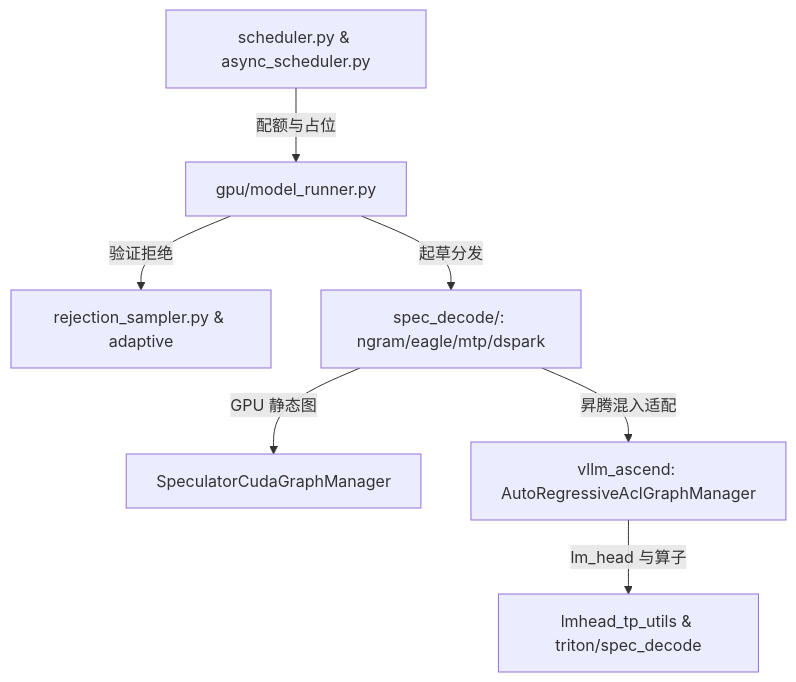
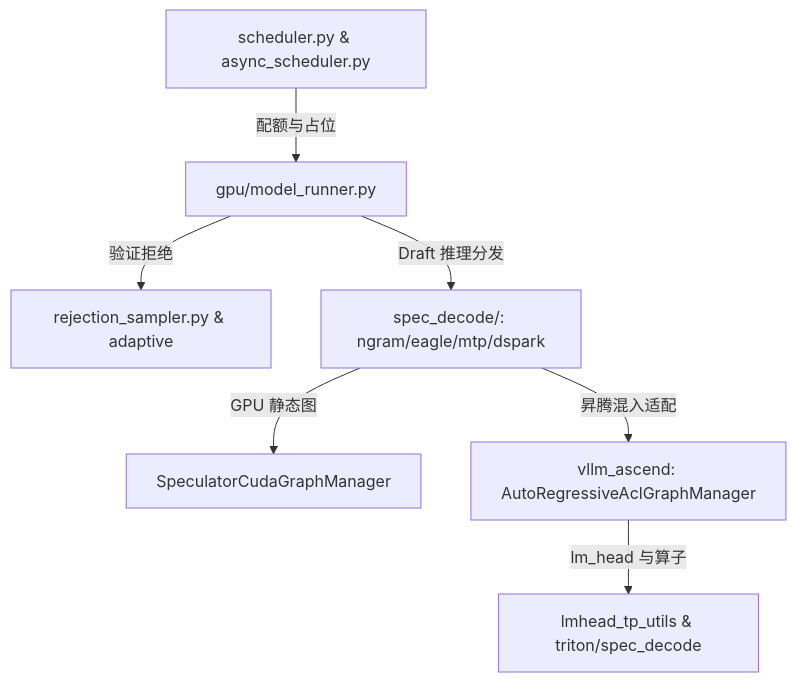
The fifth of 5 diagrams in src/content/posts/vllm/08-speculative-decoding-engine/index.mdx (xingcanlee/infra-note), drawn with Mermaid before and after one commit. The commit also changed other lines of this file and 263 other files, not shown here.

First line of the commit message:
feat(deepseek,explainers): swap 07-mhc/08-engram order, add flat-table diagram, and upgrade InteractiveExplainer kit

````diff
--- a/src/content/posts/vllm/08-speculative-decoding-engine/index.mdx
+++ b/src/content/posts/vllm/08-speculative-decoding-engine/index.mdx
@@ -161,9 +161,9 @@
 ```mermaid caption="图 5：vLLM 主干投机解码与昇腾插件适配模块映射"
 flowchart TB
   SCH["scheduler.py & async_scheduler.py"] -->|"配额与占位"| MR["gpu/model_runner.py"]
   MR -->|"验证拒绝"| REJ["rejection_sampler.py & adaptive"]
-  MR -->|"起草分发"| SPC["spec_decode/: ngram/eagle/mtp/dspark"]
+  MR -->|"Draft 推理分发"| SPC["spec_decode/: ngram/eagle/mtp/dspark"]
   SPC -->|"GPU 静态图"| CG["SpeculatorCudaGraphManager"]
   SPC -->|"昇腾混入适配"| ASC["vllm_ascend: AutoRegressiveAclGraphManager"]
   ASC -->|"lm_head 与算子"| OPS["lmhead_tp_utils & triton/spec_decode"]
 ```
````
